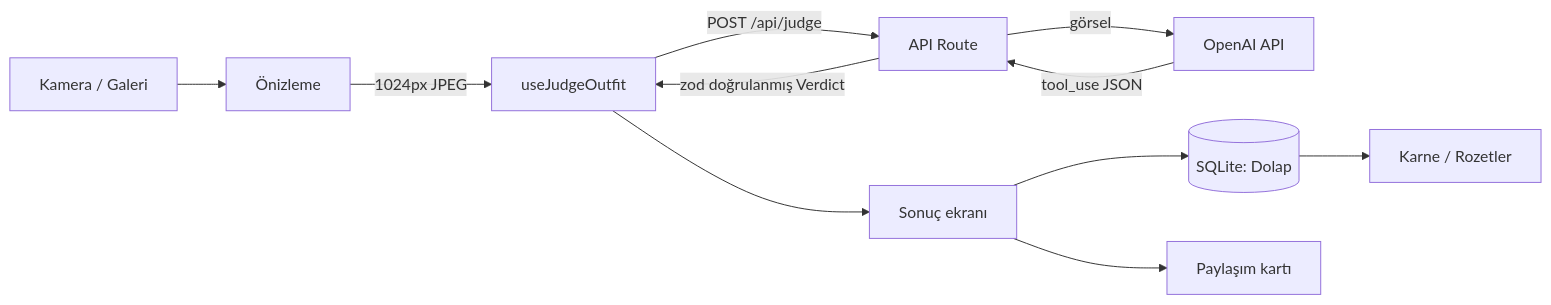
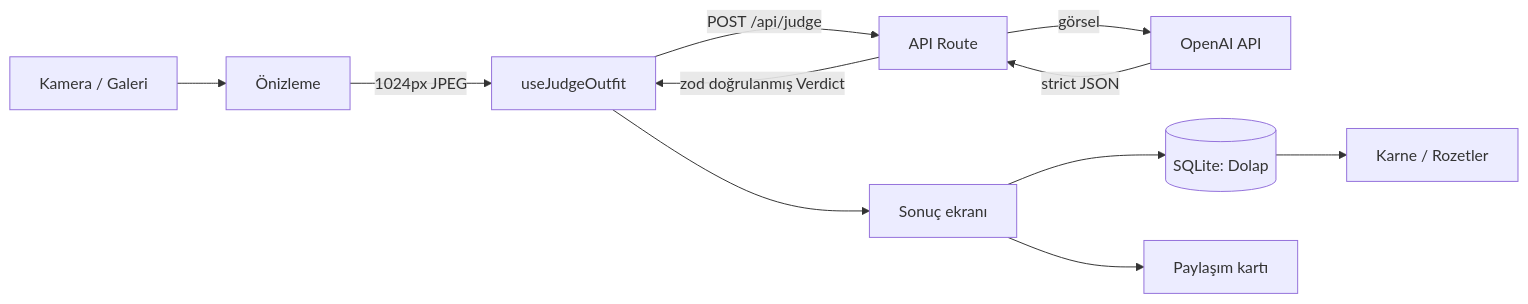
One commit to ysfylcnky/kombin-hakemi changed the diagram in docs/PRODUCT.md. Above: the diagram before and after it, drawn with Mermaid. The commit also changed other lines of this file and 8 other files, not shown here.

````diff
--- a/docs/PRODUCT.md
+++ b/docs/PRODUCT.md
@@ -36,13 +37,13 @@
 ```mermaid
 flowchart LR
   A[Kamera / Galeri] --> B[Önizleme]
   B -->|1024px JPEG| C[useJudgeOutfit]
   C -->|POST /api/judge| D[API Route]
   D -->|görsel| E[OpenAI API]
-  E -->|tool_use JSON| D
+  E -->|strict JSON| D
   D -->|zod doğrulanmış Verdict| C
   C --> F[Sonuç ekranı]
   F --> G[(SQLite: Dolap)]
   G --> H[Karne / Rozetler]
   F --> I[Paylaşım kartı]
 ```
````
